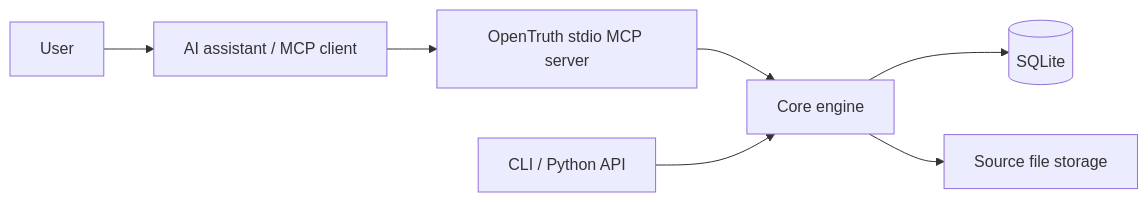
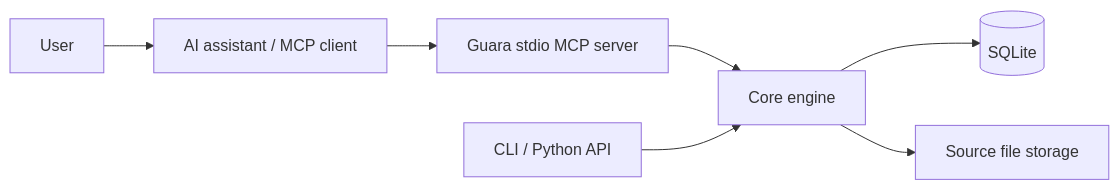
The diagram in docs/workflows/system-architecture.md (fredsevmartins/Guara), drawn with Mermaid before and after one commit. The commit also changed other lines of this file and 33 other files, not shown here.

````diff
--- a/docs/workflows/system-architecture.md
+++ b/docs/workflows/system-architecture.md
@@ -3,9 +3,9 @@
 ```mermaid
 flowchart LR
     User --> Client[AI assistant / MCP client]
-    Client --> Server[OpenTruth stdio MCP server]
+    Client --> Server[Guara stdio MCP server]
     Server --> Core[Core engine]
     CLI[CLI / Python API] --> Core
     Core --> DB[(SQLite)]
     Core --> Files[Source file storage]
 ```
````
